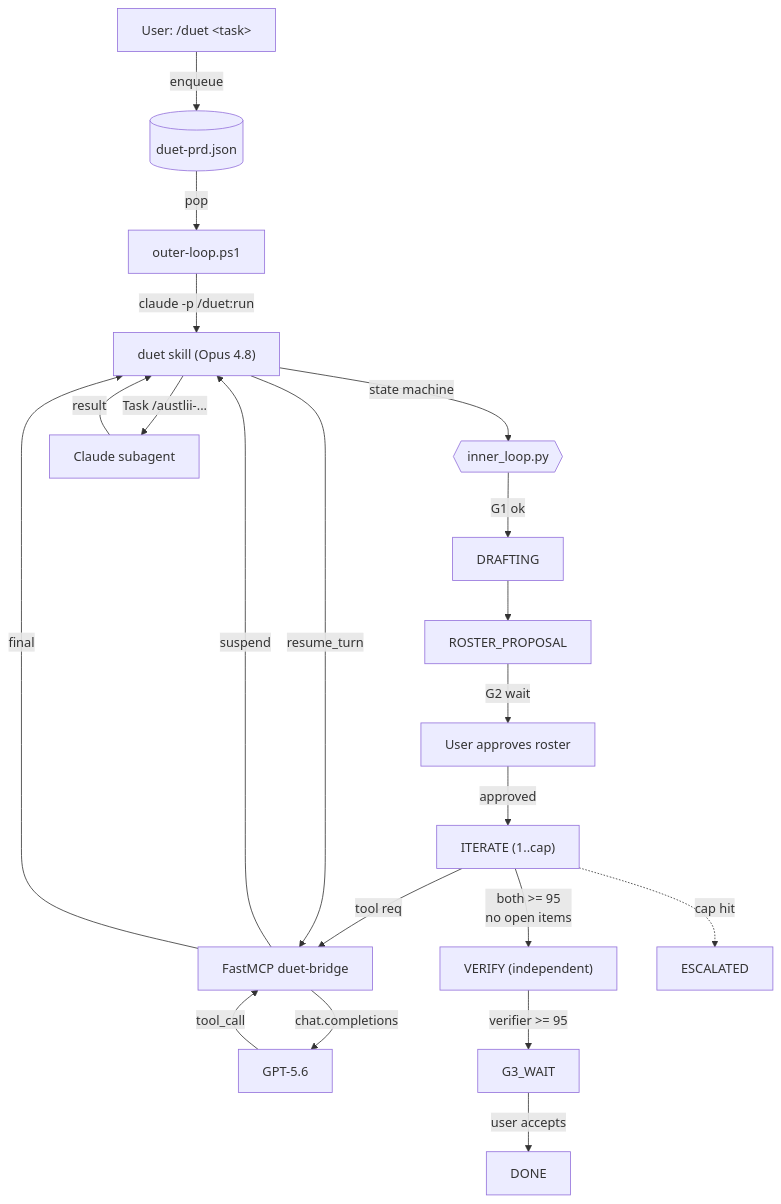
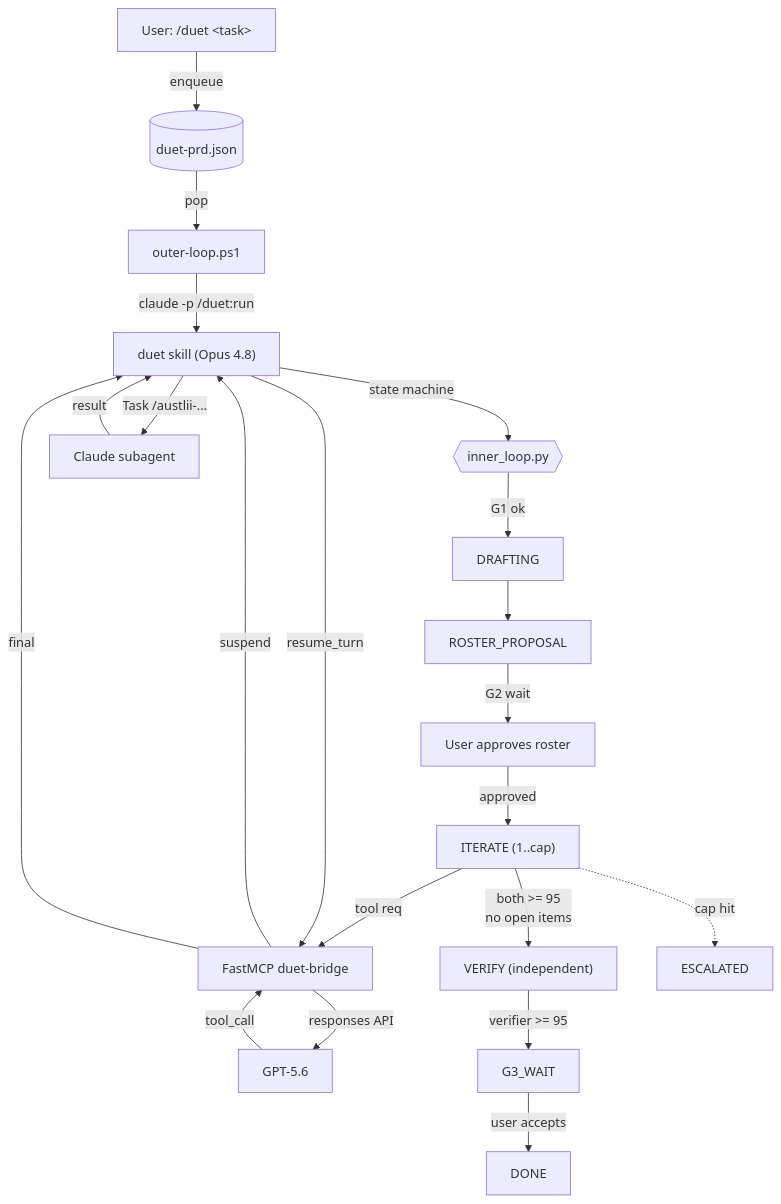
One commit to acor8826/duet-build changed the diagram in README.md. Above: the diagram before and after it, drawn with Mermaid. The commit also changed other lines of this file and 9 other files, not shown here.

````diff
--- a/README.md
+++ b/README.md
@@ -24,23 +24,23 @@
 ```mermaid
 flowchart TB
     user["User: /duet &lt;task&gt;"] -->|enqueue| prd[("duet-prd.json")]
     prd -->|pop| outer["outer-loop.ps1"]
     outer -->|claude -p /duet:run| skill["duet skill (Opus 4.8)"]
     skill -->|state machine| sm{{"inner_loop.py"}}
     sm -->|G1 ok| draft["DRAFTING"]
     draft --> roster["ROSTER_PROPOSAL"]
     roster -->|G2 wait| user2["User approves roster"]
     user2 -->|approved| iter["ITERATE (1..cap)"]
     iter -->|tool req| bridge["FastMCP duet-bridge"]
-    bridge -->|chat.completions| gpt["GPT-5.6"]
+    bridge -->|responses API| gpt["GPT-5.6"]
     gpt -->|tool_call| bridge
     bridge -->|suspend| skill
     skill -->|Task /austlii-...| sub["Claude subagent"]
     sub -->|result| skill
     skill -->|resume_turn| bridge
     bridge -->|final| skill
     iter -->|both >= 95<br/>no open items| verify["VERIFY (independent)"]
     verify -->|verifier >= 95| g3["G3_WAIT"]
     g3 -->|user accepts| done["DONE"]
     iter -.->|cap hit| escal["ESCALATED"]
 ```
````
